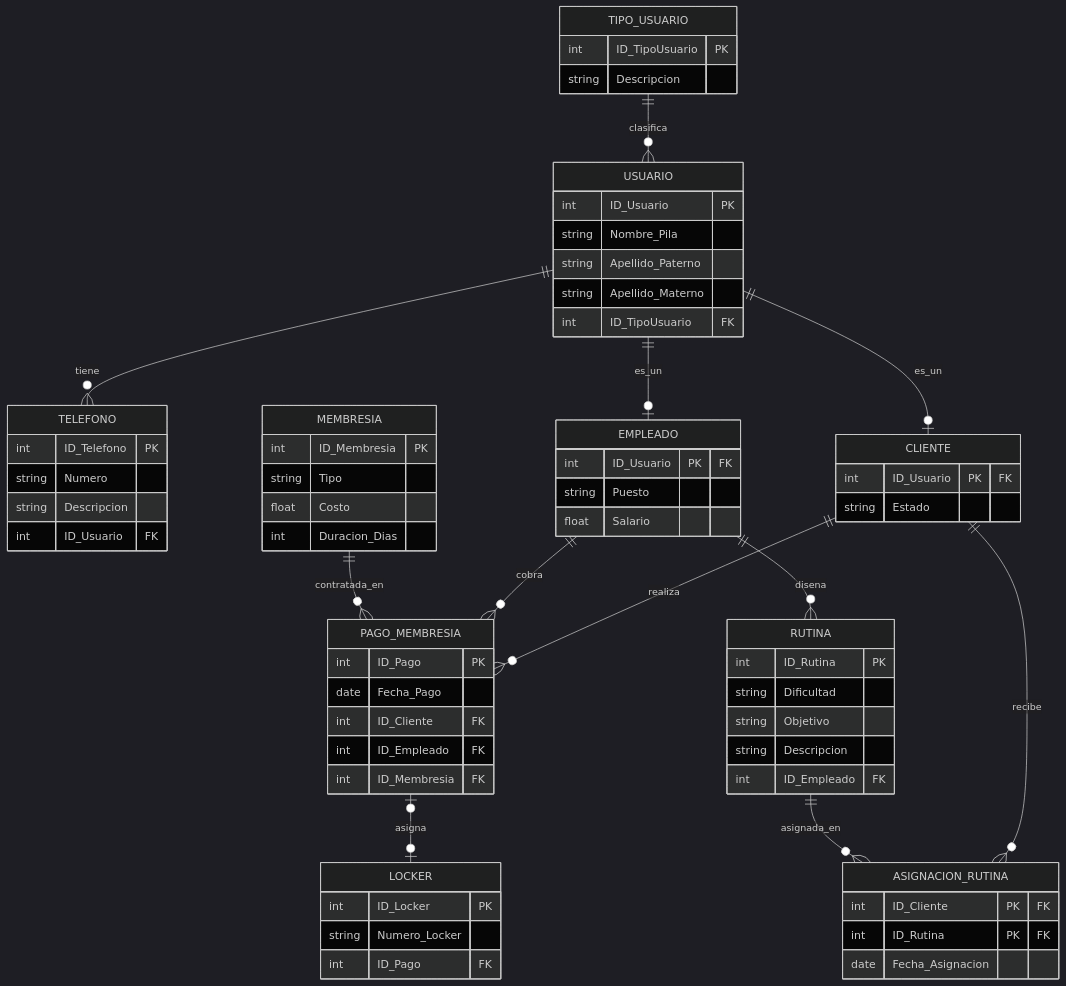
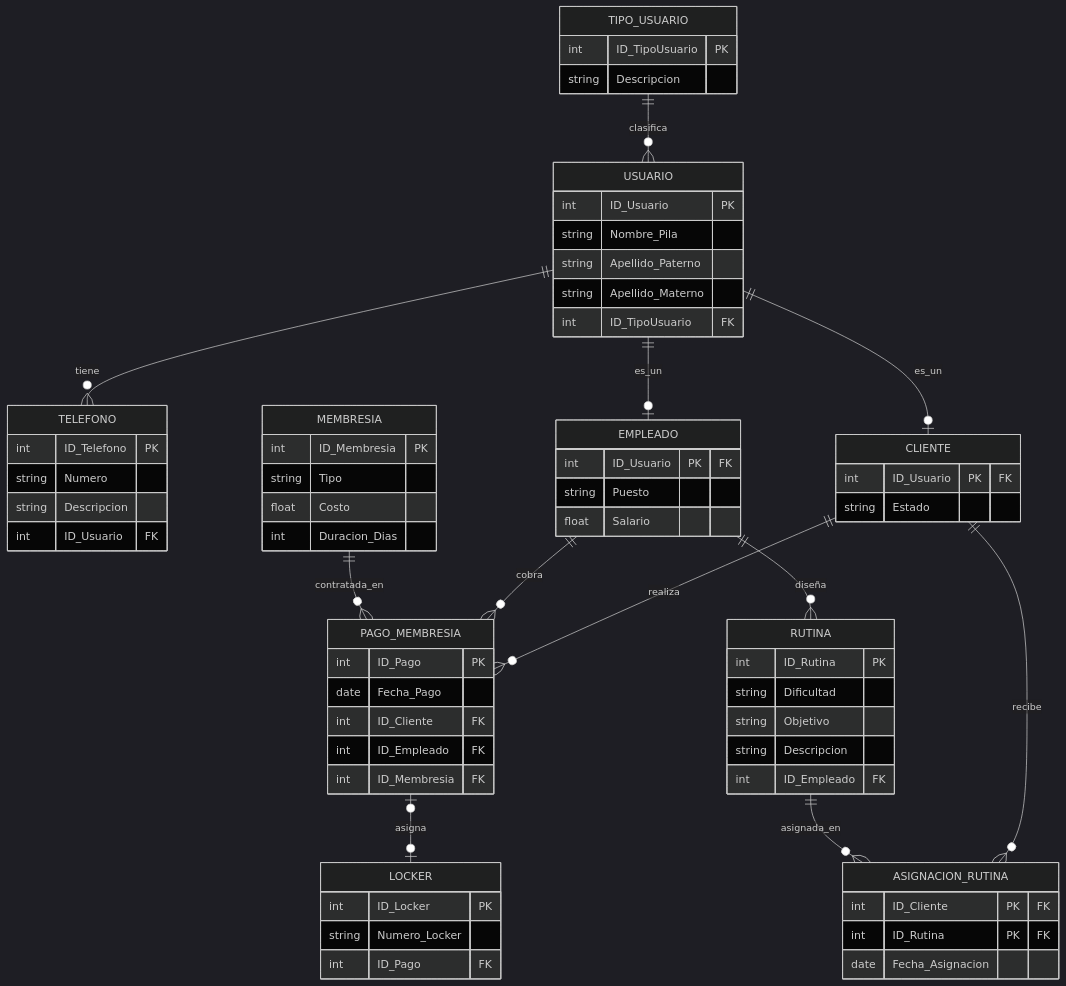
Before and after one commit to XxLunaxX29/Actividades-de-Fundamentos-de-Bases-de-datos-: the diagram in Unidades/Unidad 3/Tarea 3.1/Diagrama Relacional.mmd, drawn with Mermaid (dark theme).

Commit message:
Fix typo in relationship label for RUTINA

```diff
--- a/Unidades/Unidad 3/Tarea 3.1/Diagrama Relacional.mmd
+++ b/Unidades/Unidad 3/Tarea 3.1/Diagrama Relacional.mmd
@@ -1,78 +1,78 @@
 erDiagram
     TIPO_USUARIO {
         int ID_TipoUsuario PK
         string Descripcion
     }
 
     USUARIO {
         int ID_Usuario PK
         string Nombre_Pila
         string Apellido_Paterno
         string Apellido_Materno
         int ID_TipoUsuario FK
     }
 
     TELEFONO {
         int ID_Telefono PK
         string Numero
         string Descripcion
         int ID_Usuario FK
     }
 
     CLIENTE {
         int ID_Usuario PK "FK"
         string Estado
     }
 
     EMPLEADO {
         int ID_Usuario PK "FK"
         string Puesto
         float Salario
     }
 
     MEMBRESIA {
         int ID_Membresia PK
         string Tipo
         float Costo
         int Duracion_Dias
     }
 
     PAGO_MEMBRESIA {
         int ID_Pago PK
         date Fecha_Pago
         int ID_Cliente FK
         int ID_Empleado FK
         int ID_Membresia FK
     }
 
     LOCKER {
         int ID_Locker PK
         string Numero_Locker
         int ID_Pago FK
     }
 
     RUTINA {
         int ID_Rutina PK
         string Dificultad
         string Objetivo
         string Descripcion
         int ID_Empleado FK
     }
 
     ASIGNACION_RUTINA {
         int ID_Cliente PK "FK"
         int ID_Rutina PK "FK"
         date Fecha_Asignacion
     }
 
     TIPO_USUARIO ||--o{ USUARIO : clasifica
     USUARIO ||--o{ TELEFONO : tiene
     USUARIO ||--o| CLIENTE : es_un
     USUARIO ||--o| EMPLEADO : es_un
     CLIENTE ||--o{ PAGO_MEMBRESIA : realiza
     EMPLEADO ||--o{ PAGO_MEMBRESIA : cobra
     MEMBRESIA ||--o{ PAGO_MEMBRESIA : contratada_en
     PAGO_MEMBRESIA |o--o| LOCKER : asigna
-    EMPLEADO ||--o{ RUTINA : disena
+    EMPLEADO ||--o{ RUTINA : diseña
     CLIENTE ||--o{ ASIGNACION_RUTINA : recibe
     RUTINA ||--o{ ASIGNACION_RUTINA : asignada_en
```
